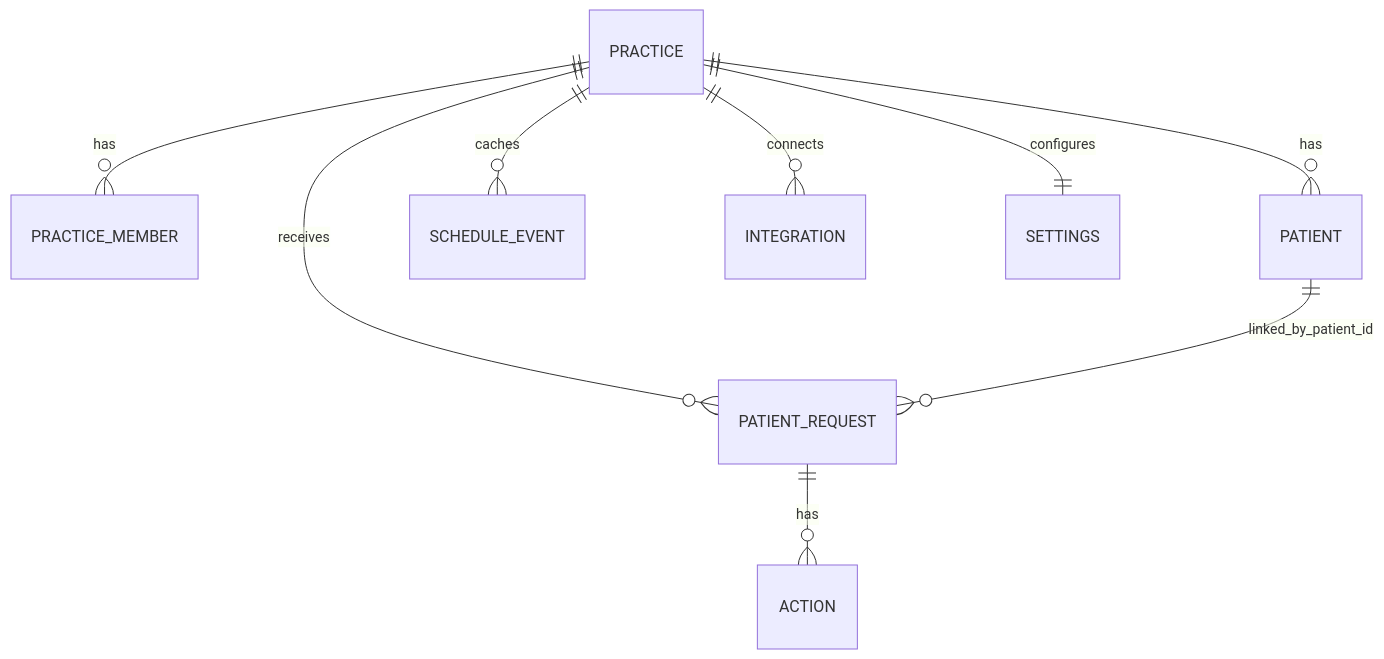
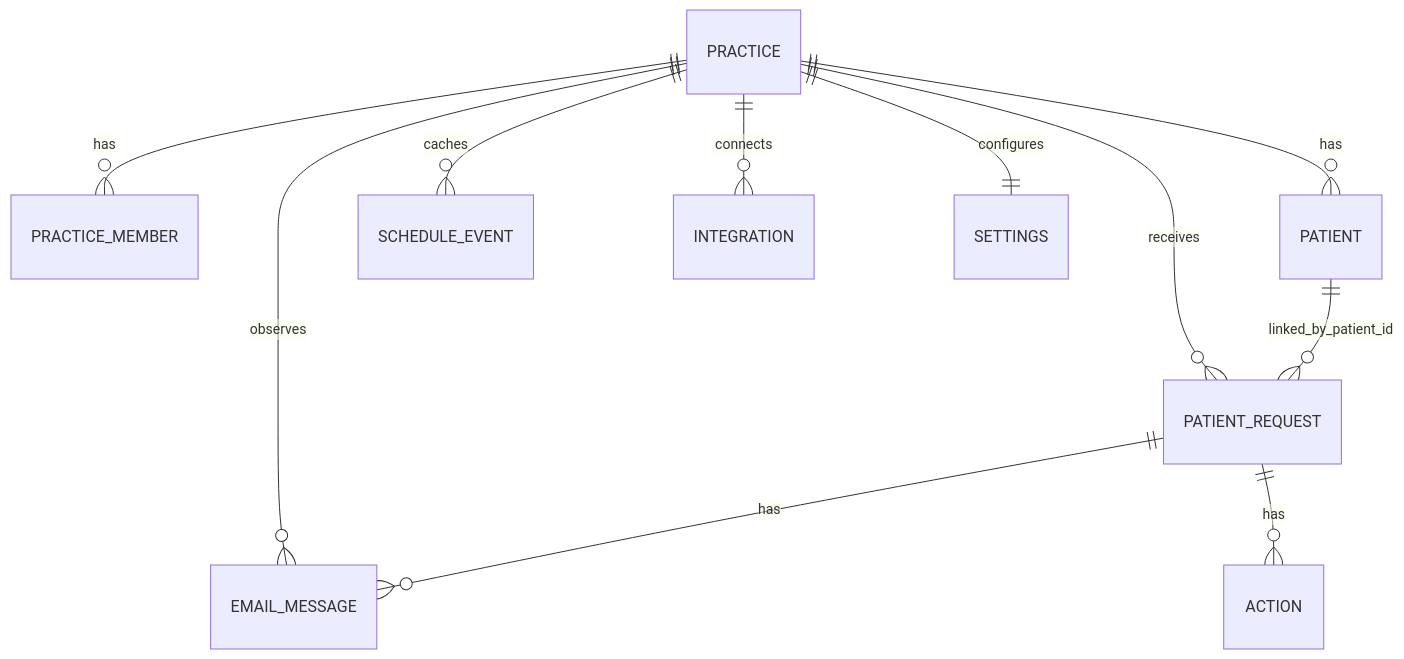
The second of 5 diagrams in docs/high-level-design.md (suhanisho/infiapp), drawn with Mermaid before and after one commit. The commit also changed other lines of this file and 8 other files, not shown here.

````diff
--- a/docs/high-level-design.md
+++ b/docs/high-level-design.md
@@ -107,11 +109,13 @@
 ```mermaid
 erDiagram
     PRACTICE ||--o{ PRACTICE_MEMBER : has
     PRACTICE ||--o{ PATIENT : has
     PRACTICE ||--o{ PATIENT_REQUEST : receives
+    PRACTICE ||--o{ EMAIL_MESSAGE : observes
     PATIENT ||--o{ PATIENT_REQUEST : linked_by_patient_id
+    PATIENT_REQUEST ||--o{ EMAIL_MESSAGE : has
     PATIENT_REQUEST ||--o{ ACTION : has
     PRACTICE ||--o{ SCHEDULE_EVENT : caches
     PRACTICE ||--o{ INTEGRATION : connects
     PRACTICE ||--|| SETTINGS : configures
 ```
````
